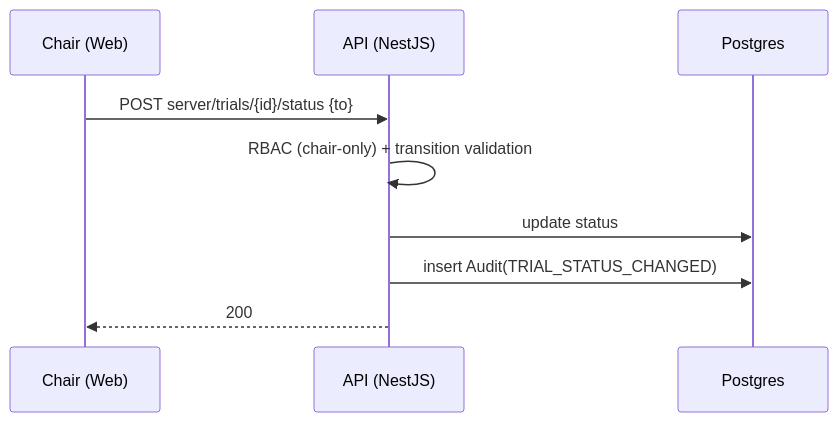
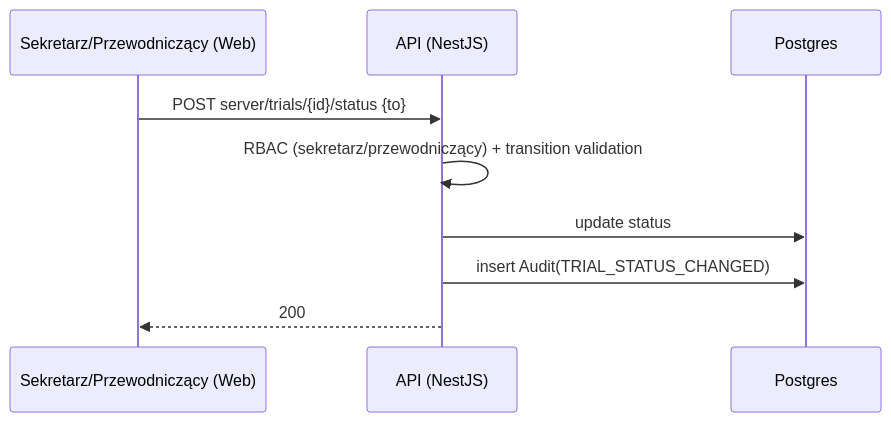
Before and after one commit to Nikovsky/Harcerski-System-Stopni: the third of 4 diagrams in docs/06-Architecture.pl.md, drawn with Mermaid. The commit also changed other lines of this file and 11 other files, not shown here.

````diff
--- a/docs/06-Architecture.pl.md
+++ b/docs/06-Architecture.pl.md
@@ -246,11 +247,11 @@
 ```mermaid
 sequenceDiagram
-  participant C as Chair (Web)
+  participant C as Sekretarz/Przewodniczący (Web)
   participant API as API (NestJS)
   participant DB as Postgres
   C->>API: POST server/trials/{id}/status {to}
-  API->>API: RBAC (chair-only) + transition validation
+  API->>API: RBAC (sekretarz/przewodniczący) + transition validation
   API->>DB: update status
   API->>DB: insert Audit(TRIAL_STATUS_CHANGED)
   API-->>C: 200
 ```
````
